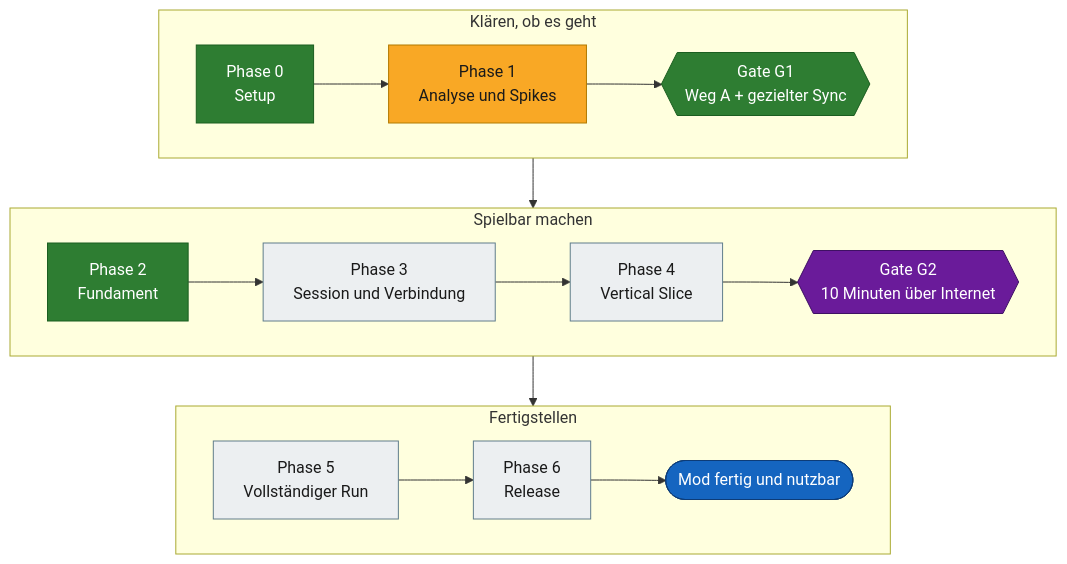
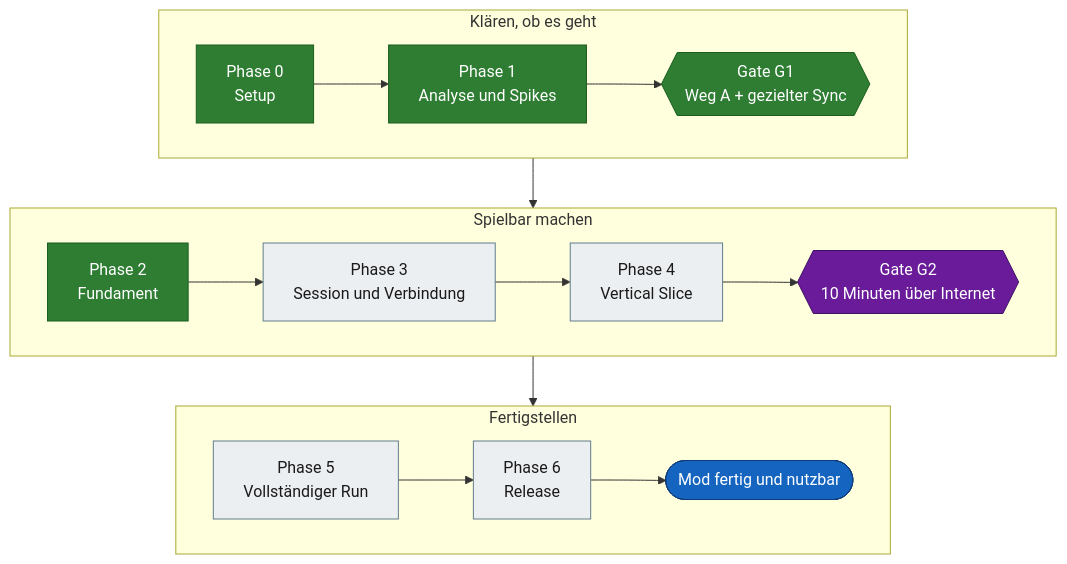
The first of 4 diagrams in docs/ROADMAP.md (VitaminStack/Deadly-Days-Roadtrip-Multiplayer-Mod), drawn with Mermaid before and after one commit. The commit also changed other lines of this file and 5 other files, not shown here.

````diff
--- a/docs/ROADMAP.md
+++ b/docs/ROADMAP.md
@@ -51,25 +51,25 @@
 ```mermaid
 flowchart TD
     subgraph A["Klären, ob es geht"]
         direction LR
-        P0["Phase 0<br/>Setup"]:::done --> P1["Phase 1<br/>Analyse und Spikes"]:::wip --> G1{{"Gate G1<br/>Weg A + gezielter Sync"}}:::done
+        P0["Phase 0<br/>Setup"]:::done --> P1["Phase 1<br/>Analyse und Spikes"]:::done --> G1{{"Gate G1<br/>Weg A + gezielter Sync"}}:::done
     end
 
     subgraph B["Spielbar machen"]
         direction LR
         P2["Phase 2<br/>Fundament"]:::done --> P3["Phase 3<br/>Session und Verbindung"]:::open --> P4["Phase 4<br/>Vertical Slice"]:::open --> G2{{"Gate G2<br/>10 Minuten über Internet"}}:::gate
     end
 
     subgraph C["Fertigstellen"]
         direction LR
         P5["Phase 5<br/>Vollständiger Run"]:::open --> P6["Phase 6<br/>Release"]:::open --> Z(["Mod fertig und nutzbar"]):::goal
     end
 
     A --> B --> C
 
     classDef done fill:#2e7d32,stroke:#1b5e20,color:#ffffff
     classDef wip fill:#f9a825,stroke:#b27a00,color:#1a1a1a
     classDef open fill:#eceff1,stroke:#607d8b,color:#1a1a1a
     classDef gate fill:#6a1b9a,stroke:#3e1163,color:#ffffff
     classDef goal fill:#1565c0,stroke:#0d3c78,color:#ffffff
 ```
````
